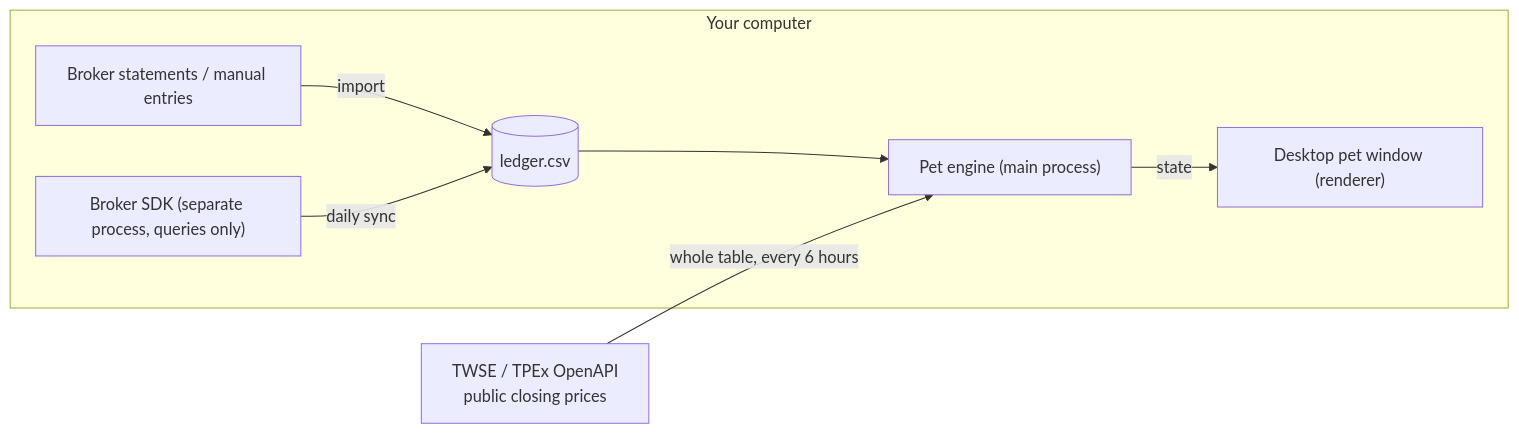
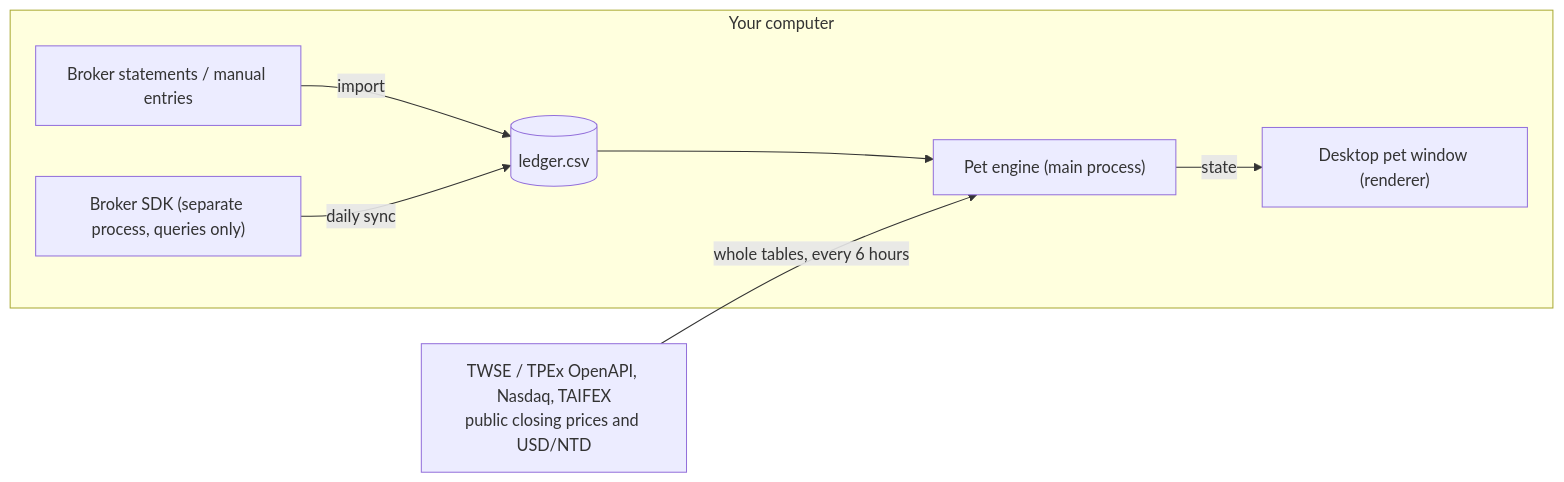
Before and after one commit to apapp45455/nestegg: the first of 2 diagrams in README.md, drawn with Mermaid. The commit also changed other lines of this file and 12 other files, not shown here.

````diff
--- a/README.md
+++ b/README.md
@@ -225,10 +229,10 @@
 ```mermaid
 flowchart LR
   subgraph local["Your computer"]
     M["Broker statements / manual entries"] -->|import| L[("ledger.csv")]
     F["Broker SDK (separate process, queries only)"] -->|daily sync| L
     L --> E["Pet engine (main process)"]
     E -->|state| P["Desktop pet window (renderer)"]
   end
-  T["TWSE / TPEx OpenAPI<br/>public closing prices"] -->|whole table, every 6 hours| E
+  T["TWSE / TPEx OpenAPI, Nasdaq, TAIFEX<br/>public closing prices and USD/NTD"] -->|whole tables, every 6 hours| E
 ```
````
